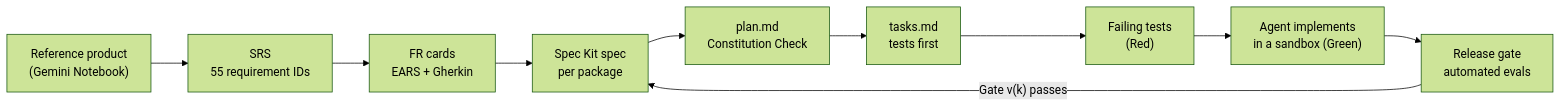
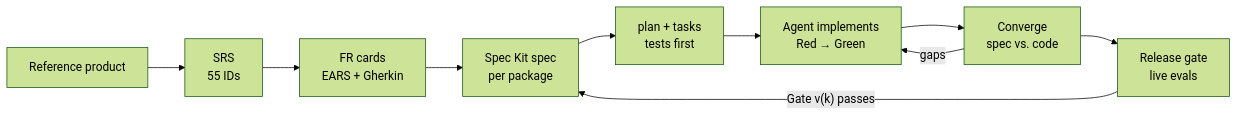
The first of 2 diagrams in README.md (lukas-zech-software/everlast-lm), drawn with Mermaid (forest theme) before and after one commit. The commit also changed other lines of this file, not shown here.

Commit message:
docs(readme): rewrite with project timeline, lessons learned and prototype status

````diff
--- a/README.md
+++ b/README.md
@@ -84,12 +142,12 @@
 ```mermaid
 flowchart LR
-    A["Reference product<br/>(Gemini Notebook)"] --> B["SRS<br/>55 requirement IDs"]
+    A["Reference product"] --> B["SRS<br/>55 IDs"]
     B --> C["FR cards<br/>EARS + Gherkin"]
     C --> D["Spec Kit spec<br/>per package"]
-    D --> E["plan.md<br/>Constitution Check"]
-    E --> F["tasks.md<br/>tests first"]
-    F --> G["Failing tests<br/>(Red)"]
-    G --> H["Agent implements<br/>in a sandbox (Green)"]
-    H --> I["Release gate<br/>automated evals"]
-    I -->|"Gate v(k) passes"| D
+    D --> E["plan + tasks<br/>tests first"]
+    E --> F["Agent implements<br/>Red → Green"]
+    F --> G["Converge<br/>spec vs. code"]
+    G -->|gaps| F
+    G --> H["Release gate<br/>live evals"]
+    H -->|"Gate v(k) passes"| D
 ```
````
